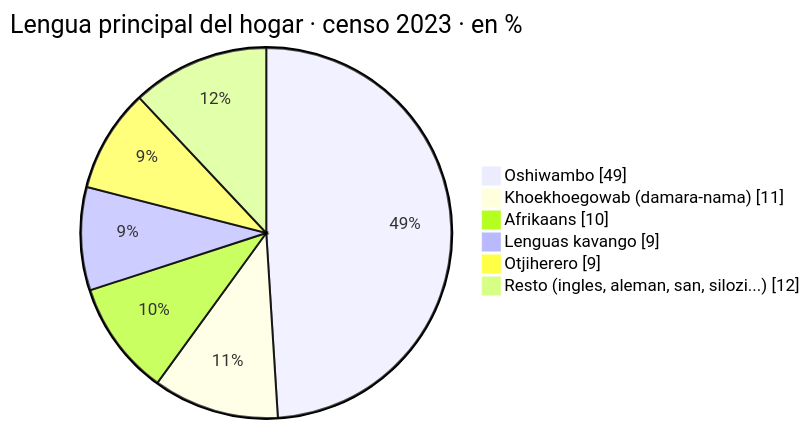
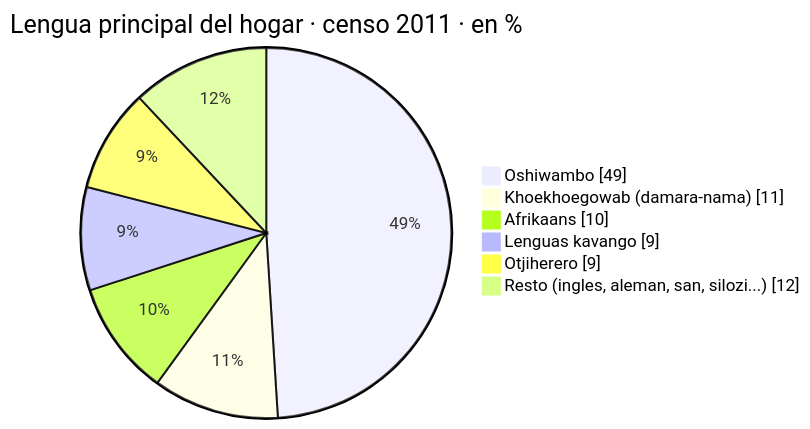
Before and after one commit to morandeirachema/namibia: the second of 4 diagrams in 19-cultura-de-namibia.md, drawn with Mermaid. The commit also changed other lines of this file and 18 other files, not shown here.

````diff
--- a/19-cultura-de-namibia.md
+++ b/19-cultura-de-namibia.md
@@ -78,10 +78,10 @@
 ```mermaid
 pie showData
-    title Lengua principal del hogar · censo 2023 · en %
+    title Lengua principal del hogar · censo 2011 · en %
     "Oshiwambo" : 49
     "Khoekhoegowab (damara-nama)" : 11
     "Afrikaans" : 10
     "Lenguas kavango" : 9
     "Otjiherero" : 9
     "Resto (ingles, aleman, san, silozi...)" : 12
 ```
````
